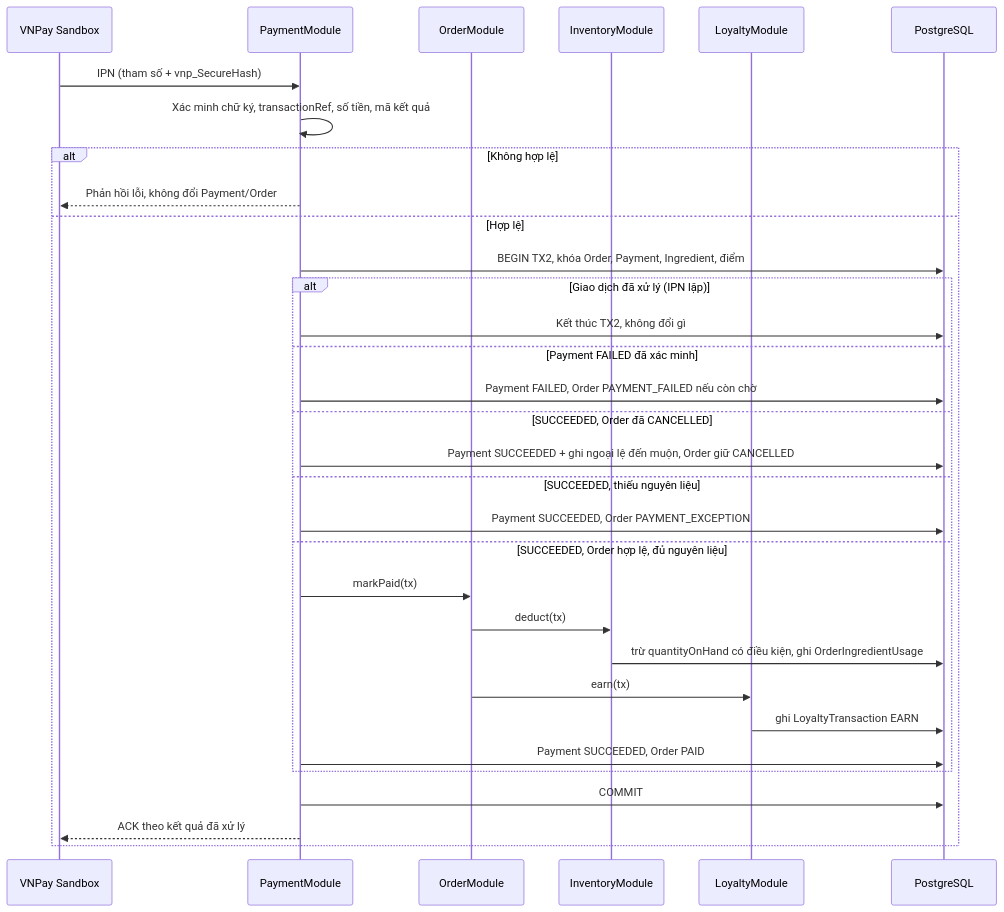
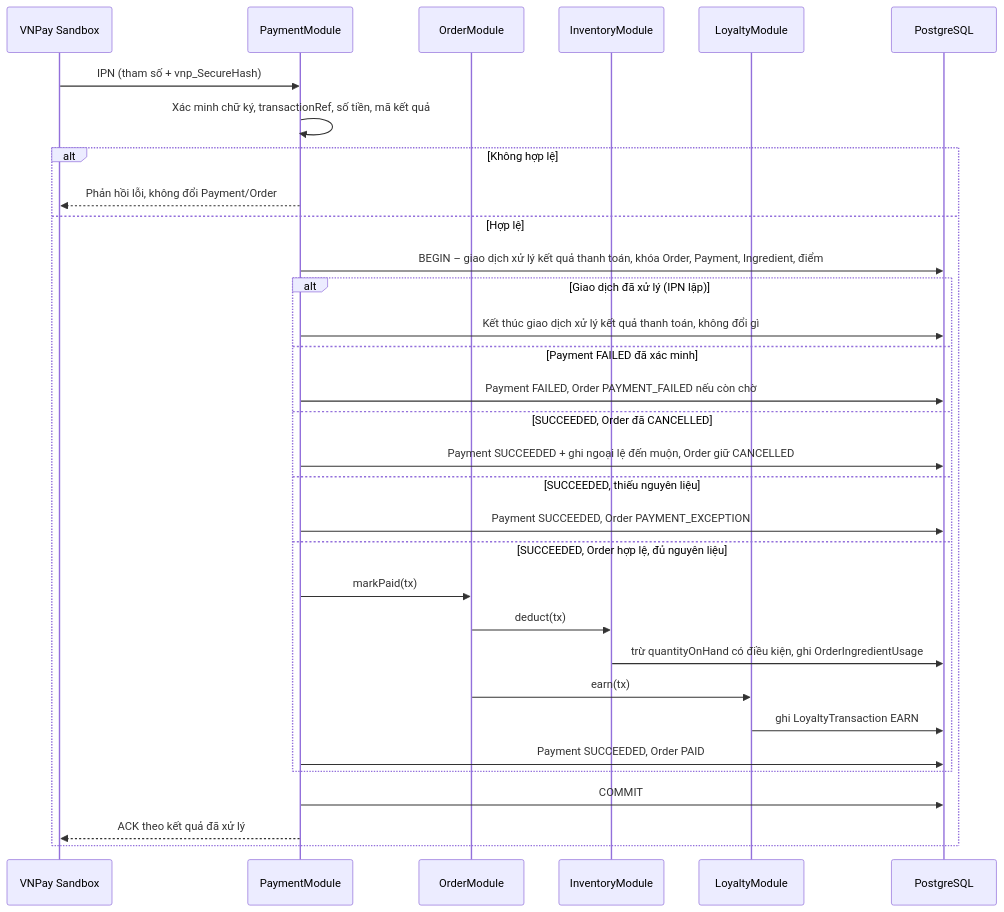
One commit to mhien06/SWE_A2 changed the second of 2 diagrams in docs/architecture/architecture.md. Above: the diagram before and after it, drawn with Mermaid. The commit also changed other lines of this file and 13 other files, not shown here.

Commit message:
fix(task3.1): sync transaction names and monochrome C4 diagrams

````diff
--- a/docs/architecture/architecture.md
+++ b/docs/architecture/architecture.md
@@ -138,34 +138,34 @@
 ```mermaid
 sequenceDiagram
     participant V as VNPay Sandbox
     participant P as PaymentModule
     participant O as OrderModule
     participant I as InventoryModule
     participant L as LoyaltyModule
     participant D as PostgreSQL
     V->>P: IPN (tham số + vnp_SecureHash)
     P->>P: Xác minh chữ ký, transactionRef, số tiền, mã kết quả
     alt Không hợp lệ
         P-->>V: Phản hồi lỗi, không đổi Payment/Order
     else Hợp lệ
-        P->>D: BEGIN TX2, khóa Order, Payment, Ingredient, điểm
+        P->>D: BEGIN – giao dịch xử lý kết quả thanh toán, khóa Order, Payment, Ingredient, điểm
         alt Giao dịch đã xử lý (IPN lặp)
-            P->>D: Kết thúc TX2, không đổi gì
+            P->>D: Kết thúc giao dịch xử lý kết quả thanh toán, không đổi gì
         else Payment FAILED đã xác minh
             P->>D: Payment FAILED, Order PAYMENT_FAILED nếu còn chờ
         else SUCCEEDED, Order đã CANCELLED
             P->>D: Payment SUCCEEDED + ghi ngoại lệ đến muộn, Order giữ CANCELLED
         else SUCCEEDED, thiếu nguyên liệu
             P->>D: Payment SUCCEEDED, Order PAYMENT_EXCEPTION
         else SUCCEEDED, Order hợp lệ, đủ nguyên liệu
             P->>O: markPaid(tx)
             O->>I: deduct(tx)
             I->>D: trừ quantityOnHand có điều kiện, ghi OrderIngredientUsage
             O->>L: earn(tx)
             L->>D: ghi LoyaltyTransaction EARN
             P->>D: Payment SUCCEEDED, Order PAID
         end
         P->>D: COMMIT
         P-->>V: ACK theo kết quả đã xử lý
     end
 ```
````
